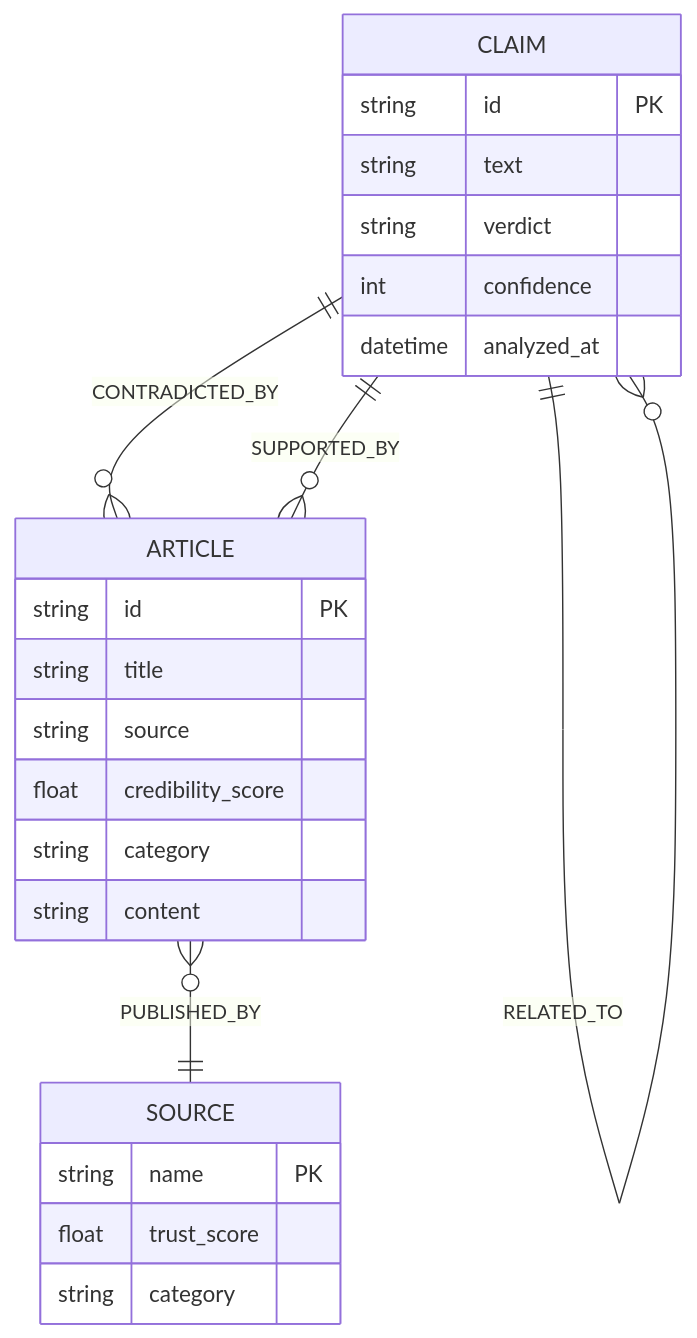
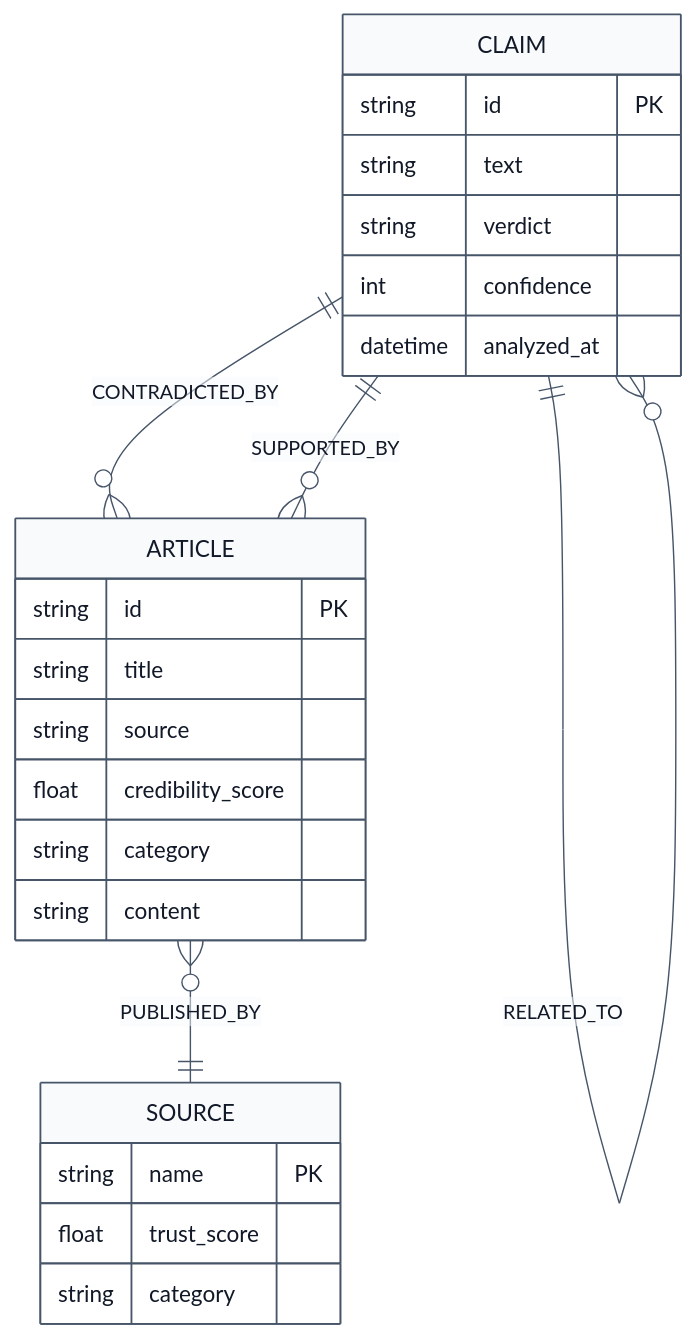
One commit to Sandarsh18/VeritasAI changed the fifth of 7 diagrams in README.md. Above: the diagram before and after it, drawn with Mermaid. The commit also changed other lines of this file, not shown here.

Commit message:
📝 Improve README mermaid readability and structure

````diff
--- a/README.md
+++ b/README.md
@@ -199,28 +201,29 @@
 ```mermaid
+%%{init: {'theme': 'base', 'themeVariables': { 'primaryColor': '#F8FAFC', 'primaryTextColor': '#111827', 'primaryBorderColor': '#475569', 'lineColor': '#475569', 'tertiaryColor': '#F8FAFC', 'fontFamily': 'Arial' }}}%%
 erDiagram
     CLAIM {
         string id PK
         string text
         string verdict
         int confidence
         datetime analyzed_at
     }
     ARTICLE {
         string id PK
         string title
         string source
         float credibility_score
         string category
         string content
     }
     SOURCE {
         string name PK
         float trust_score
         string category
     }
 
     CLAIM ||--o{ ARTICLE : "CONTRADICTED_BY"
     CLAIM ||--o{ ARTICLE : "SUPPORTED_BY"
     CLAIM ||--o{ CLAIM : "RELATED_TO"
     ARTICLE }o--|| SOURCE : "PUBLISHED_BY"
 ```
````
